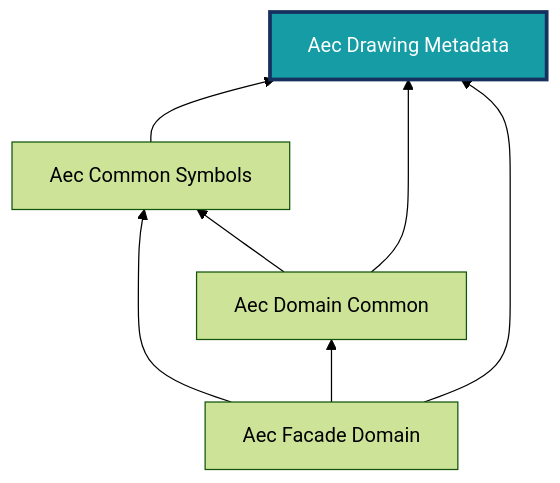
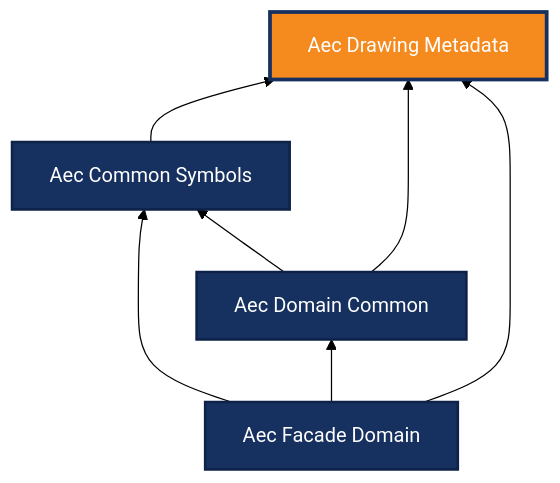
Before and after one commit to BuroHappoldMachineLearning/ADIRO: the diagram in docs/ontologies/aec_drawing_metadata.md, drawn with Mermaid (forest theme). The commit also changed 5 other files, not shown here.

First line of the commit message:
docs: orange highlight for current ontology, blue for others in diagrams

````diff
--- a/docs/ontologies/aec_drawing_metadata.md
+++ b/docs/ontologies/aec_drawing_metadata.md
@@ -17,15 +17,17 @@
 ```mermaid
 graph BT
     aec_drawing_metadata["Aec Drawing Metadata"]
     aec_common_symbols["Aec Common Symbols"]
     aec_domain_common["Aec Domain Common"]
     aec_facade_domain["Aec Facade Domain"]
     aec_common_symbols --> aec_drawing_metadata
     aec_domain_common --> aec_common_symbols
     aec_domain_common --> aec_drawing_metadata
     aec_facade_domain --> aec_common_symbols
     aec_facade_domain --> aec_domain_common
     aec_facade_domain --> aec_drawing_metadata
-    classDef highlight fill:#159ca4,stroke:#16305f,stroke-width:3px,color:#ffffff;
-    class aec_drawing_metadata highlight;
+    classDef base fill:#16305f,stroke:#0e2247,stroke-width:2px,color:#ffffff;
+    class aec_common_symbols,aec_domain_common,aec_facade_domain base;
+    classDef current fill:#f58a1f,stroke:#16305f,stroke-width:3px,color:#ffffff;
+    class aec_drawing_metadata current;
 ```
````
